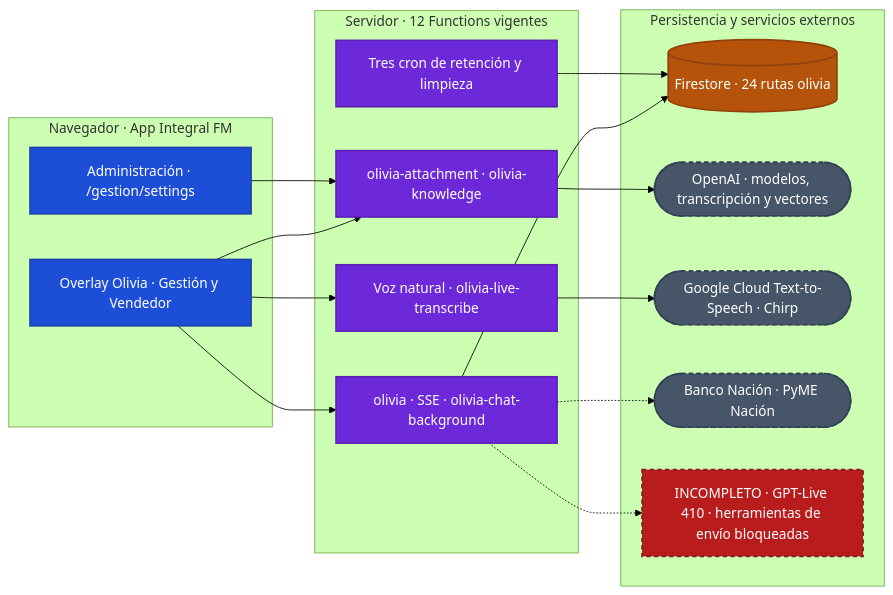
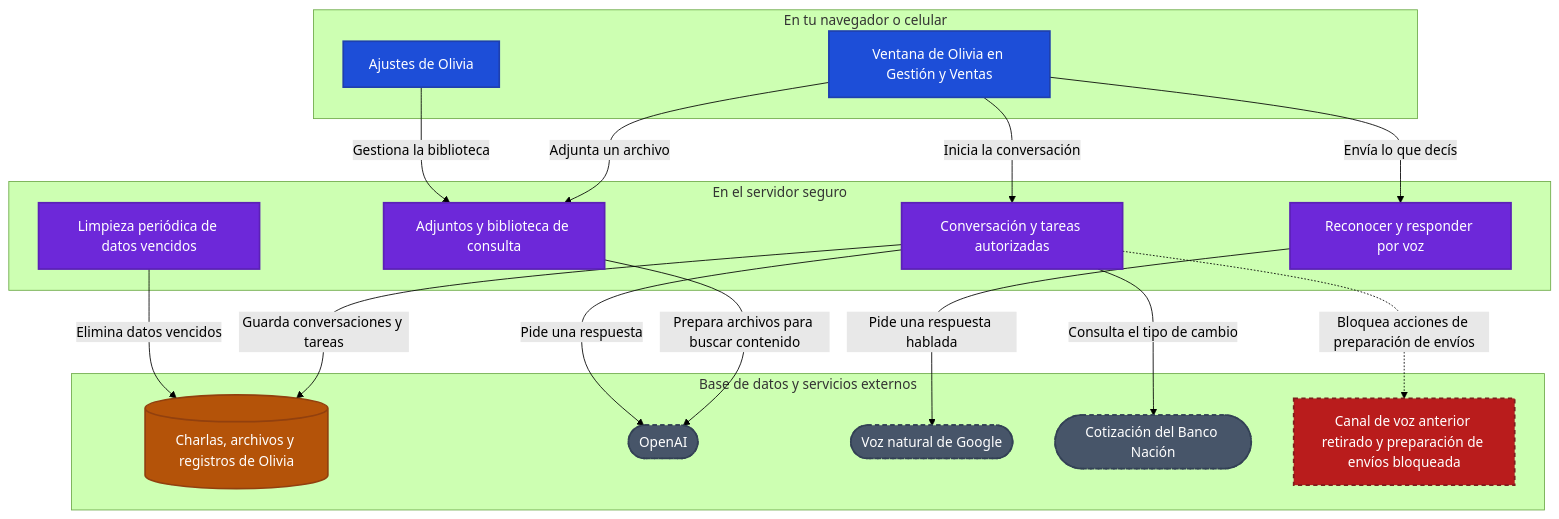
One commit to AgustinBazanUB/App-Integral-FM changed the diagram in docs/diagrams/mmd/07-d7-olivia-ia.mmd. Above: the diagram before and after it, drawn with Mermaid (forest theme). The commit also changed 24 other files, not shown here.

```diff
--- a/docs/diagrams/mmd/07-d7-olivia-ia.mmd
+++ b/docs/diagrams/mmd/07-d7-olivia-ia.mmd
@@ -1,40 +1,38 @@
-flowchart LR
-    %% Flujo del macro-dominio verificado contra el corte d0f1225.
-    subgraph navegador["Navegador · App Integral FM"]
-        asistente["Overlay Olivia · Gestión y Vendedor"]:::integral
-        ajustes["Administración · /gestion/settings"]:::integral
+flowchart TB
+    %% Olivia conversa, usa recursos y aplica límites a sus acciones.
+    subgraph navegador["En tu navegador o celular"]
+        olivia["Ventana de Olivia en Gestión y Ventas"]:::integral
+        ajustes["Ajustes de Olivia"]:::integral
     end
-
-    subgraph servidor["Servidor · 12 Functions vigentes"]
-        chat["olivia · SSE · olivia-chat-background"]:::shared
-        voz["Voz natural · olivia-live-transcribe"]:::shared
-        archivos["olivia-attachment · olivia-knowledge"]:::shared
-        retencion["Tres cron de retención y limpieza"]:::shared
+    subgraph servidor["En el servidor seguro"]
+        chat["Conversación y tareas autorizadas"]:::shared
+        voz["Reconocer y responder por voz"]:::shared
+        documentos["Adjuntos y biblioteca de consulta"]:::shared
+        limpiar["Limpieza periódica de datos vencidos"]:::shared
     end
-
-    subgraph persistencia["Persistencia y servicios externos"]
-        datos[("Firestore · 24 rutas olivia")]:::db
-        openAI(["OpenAI · modelos, transcripción y vectores"]):::external
-        chirp(["Google Cloud Text-to-Speech · Chirp"]):::external
-        cotizacion(["Banco Nación · PyME Nación"]):::external
-        legado["INCOMPLETO · GPT-Live 410 · herramientas de envío bloqueadas"]:::debt
+    subgraph recursos["Base de datos y servicios externos"]
+        historial[("Charlas, archivos y registros de Olivia")]:::db
+        ia(["OpenAI"]):::external
+        google(["Voz natural de Google"]):::external
+        cotizacion(["Cotización del Banco Nación"]):::external
+        falta["Canal de voz anterior retirado y preparación de envíos bloqueada"]:::debt
     end
-
-    asistente --> chat
-    asistente --> voz
-    asistente --> archivos
-    ajustes --> archivos
-    chat --> datos
-    retencion --> datos
-    archivos --> openAI
-    voz --> chirp
-    chat -.-> cotizacion
-    chat -.-> legado
+    chat -->|"Guarda conversaciones y tareas"| historial
+    olivia -->|"Adjunta un archivo"| documentos
+    chat -->|"Consulta el tipo de cambio"| cotizacion
+    olivia -->|"Envía lo que decís"| voz
+    voz -->|"Pide una respuesta hablada"| google
+    documentos -->|"Prepara archivos para buscar contenido"| ia
+    chat -.->|"Bloquea acciones de preparación de envíos"| falta
+    chat -->|"Pide una respuesta"| ia
+    olivia -->|"Inicia la conversación"| chat
+    ajustes -->|"Gestiona la biblioteca"| documentos
+    limpiar -->|"Elimina datos vencidos"| historial
 
     classDef actor fill:#1E293B,stroke:#64748B,color:#FFFFFF,stroke-width:2px
     classDef integral fill:#1D4ED8,stroke:#1E40AF,color:#FFFFFF,stroke-width:2px
     classDef ecommerce fill:#047857,stroke:#065F46,color:#FFFFFF,stroke-width:2px
     classDef shared fill:#6D28D9,stroke:#5B21B6,color:#FFFFFF,stroke-width:2px
     classDef db fill:#B45309,stroke:#92400E,color:#FFFFFF,stroke-width:2px
     classDef external fill:#475569,stroke:#334155,color:#FFFFFF,stroke-width:2px,stroke-dasharray:5 4
     classDef debt fill:#B91C1C,stroke:#7F1D1D,color:#FFFFFF,stroke-width:2px,stroke-dasharray:5 4
```
